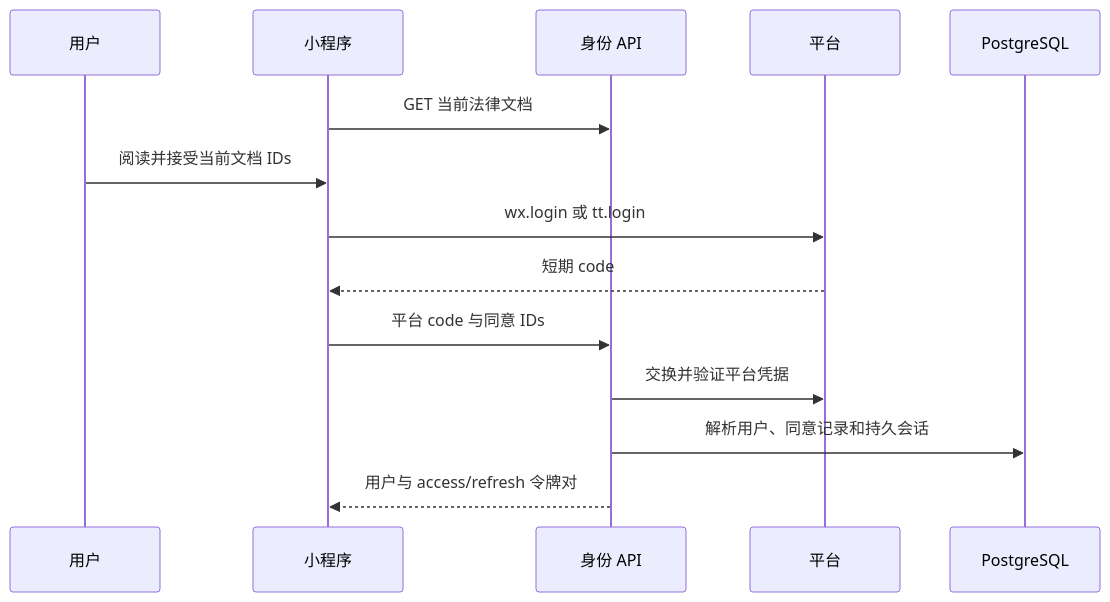
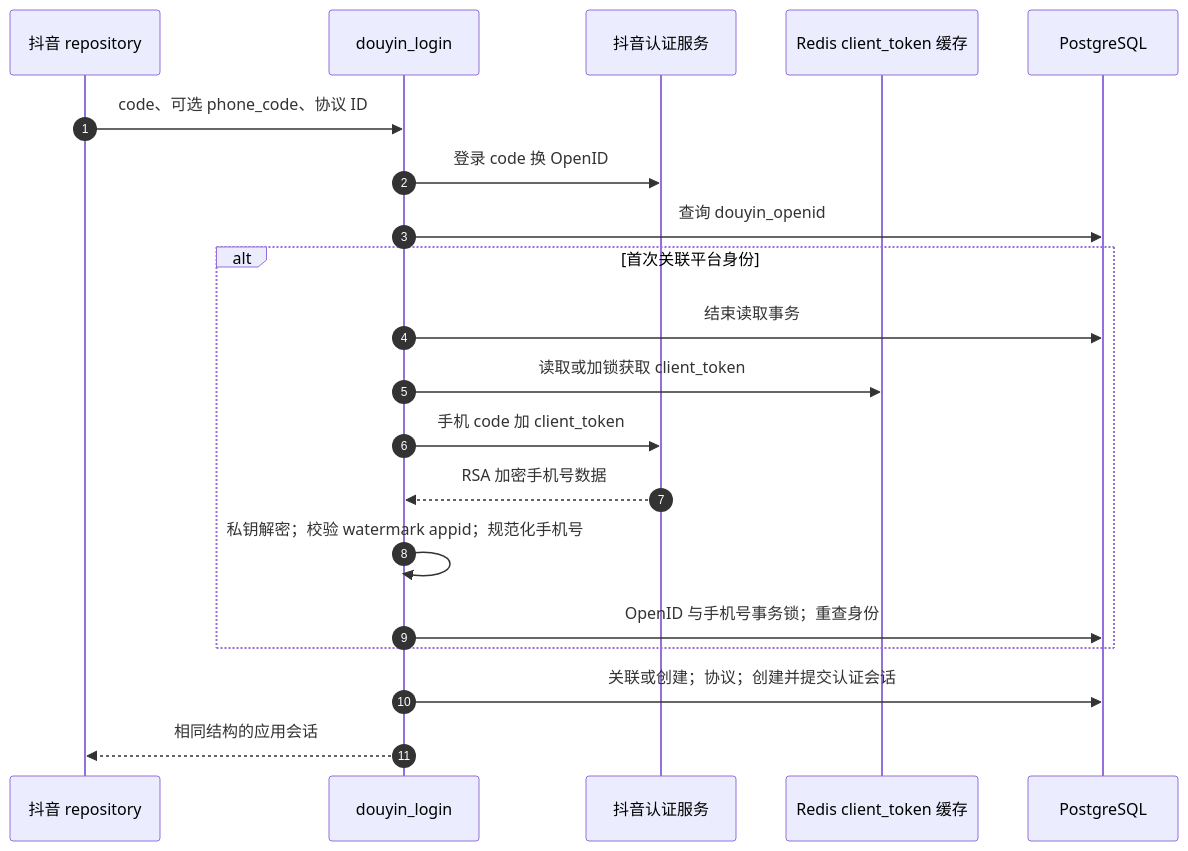
The second of 3 diagrams in zh/reference/flows/wechat-login-flow.md (Orientation-CD/docs), drawn with Mermaid before and after one commit. The commit also changed other lines of this file and 61 other files, not shown here.

````diff
--- a/zh/reference/flows/wechat-login-flow.md
+++ b/zh/reference/flows/wechat-login-flow.md
@@ -5,16 +76,22 @@
 ```mermaid
 sequenceDiagram
-  participant U as 用户
-  participant MP as 小程序
-  participant API as 身份 API
-  participant WX as 平台
+  autonumber
+  participant MP as 抖音 repository
+  participant API as douyin_login
+  participant TT as 抖音认证服务
+  participant R as Redis client_token 缓存
   participant DB as PostgreSQL
-  MP->>API: GET 当前法律文档
-  U->>MP: 阅读并接受当前文档 IDs
-  MP->>WX: wx.login 或 tt.login
-  WX-->>MP: 短期 code
-  MP->>API: 平台 code 与同意 IDs
-  API->>WX: 交换并验证平台凭据
-  API->>DB: 解析用户、同意记录和持久会话
-  API-->>MP: 用户与 access/refresh 令牌对
+  MP->>API: code、可选 phone_code、协议 ID
+  API->>TT: 登录 code 换 OpenID
+  API->>DB: 查询 douyin_openid
+  alt 首次关联平台身份
+    API->>DB: 结束读取事务
+    API->>R: 读取或加锁获取 client_token
+    API->>TT: 手机 code 加 client_token
+    TT-->>API: RSA 加密手机号数据
+    API->>API: 私钥解密；校验 watermark appid；规范化手机号
+    API->>DB: OpenID 与手机号事务锁；重查身份
+  end
+  API->>DB: 关联或创建；协议；创建并提交认证会话
+  API-->>MP: 相同结构的应用会话
 ```
````
